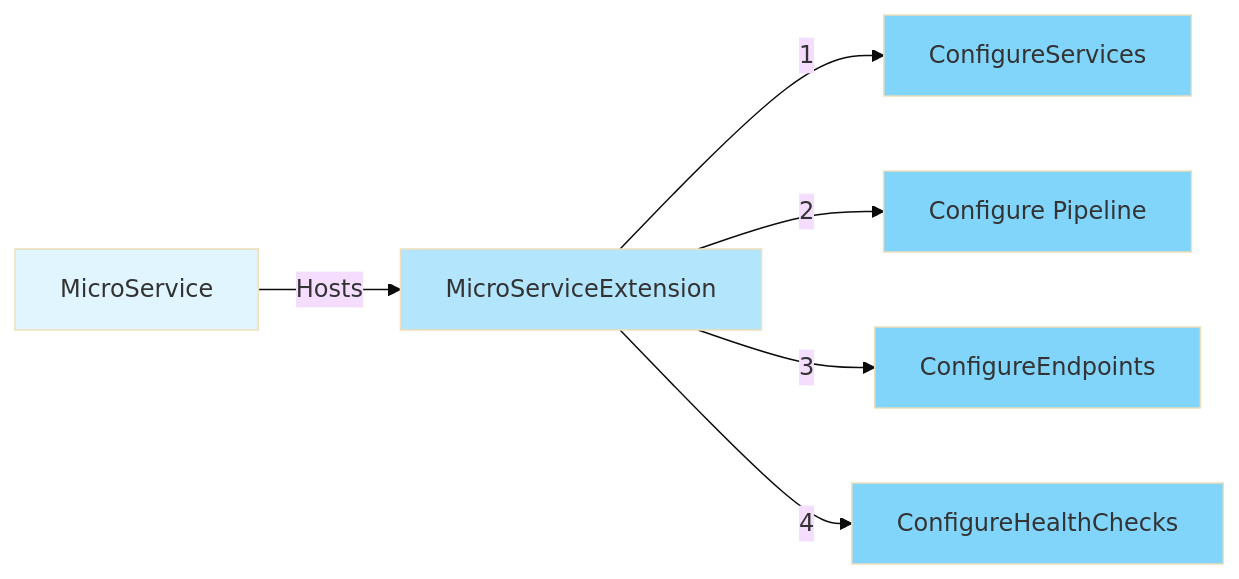
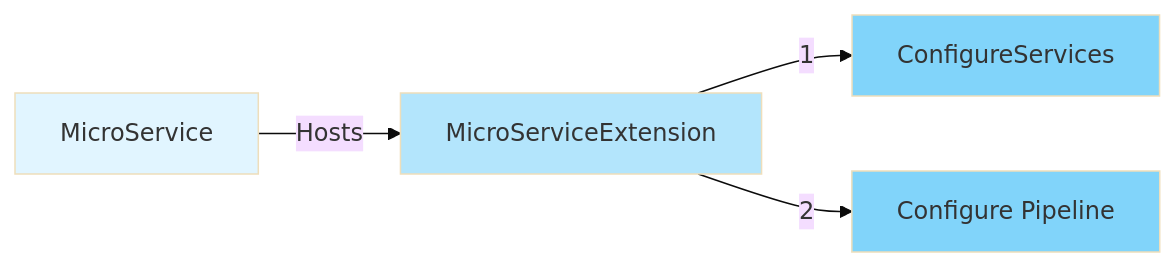
Before and after one commit to cloud-tek/hive: the second of 4 diagrams in hive.microservices/README.md, drawn with Mermaid (base theme). The commit also changed other lines of this file and 1 other file, not shown here.

````diff
--- a/hive.microservices/README.md
+++ b/hive.microservices/README.md
@@ -271,22 +281,16 @@
 ```mermaid
 graph LR
     MicroService[MicroService]
     Extension[MicroServiceExtension]
     Services[ConfigureServices]
     Pipeline[Configure Pipeline]
-    Endpoints[ConfigureEndpoints]
-    Health[ConfigureHealthChecks]
 
     MicroService -->|Hosts| Extension
     Extension -->|1| Services
     Extension -->|2| Pipeline
-    Extension -->|3| Endpoints
-    Extension -->|4| Health
 
     style MicroService fill:#e1f5ff
     style Extension fill:#b3e5fc
     style Services fill:#81d4fa
     style Pipeline fill:#81d4fa
-    style Endpoints fill:#81d4fa
-    style Health fill:#81d4fa
 ```
````
